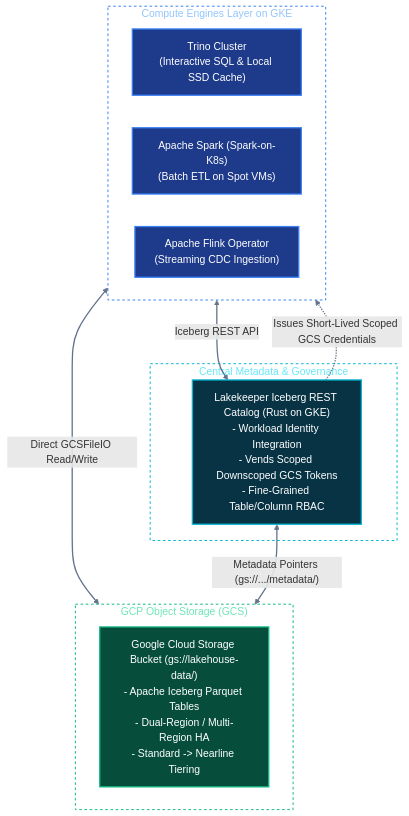
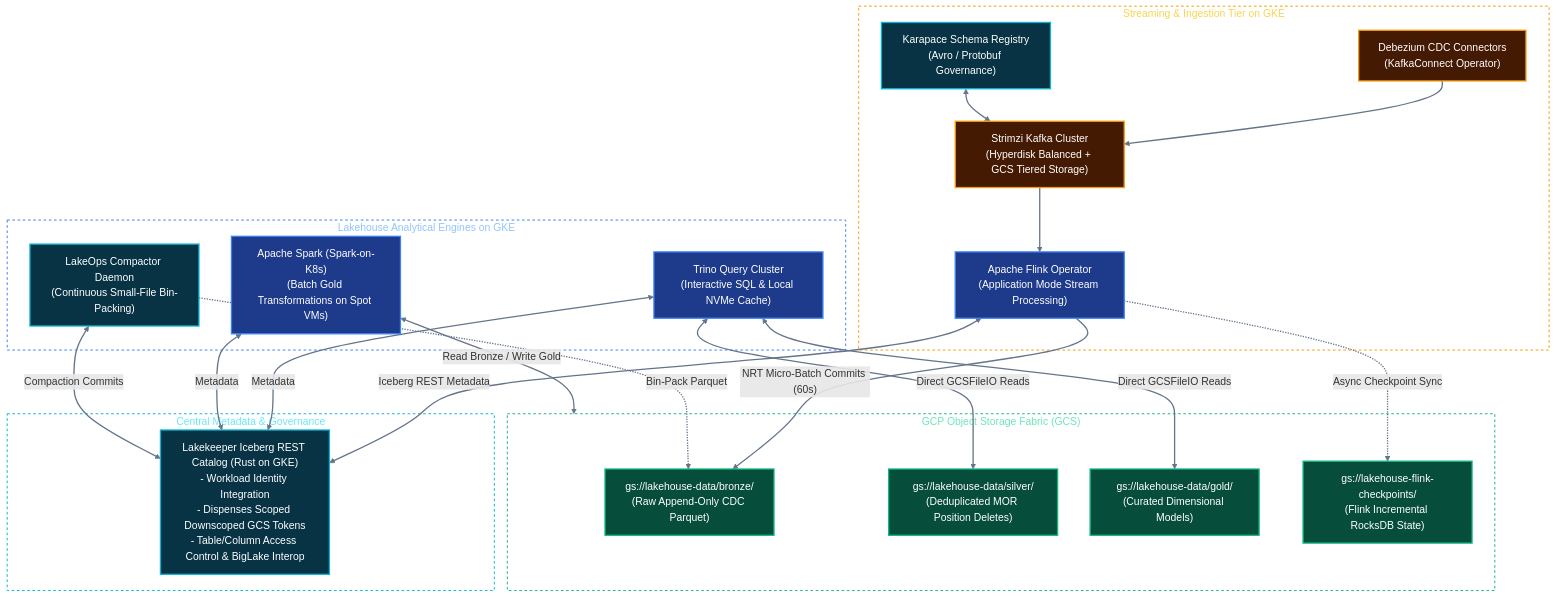
Before and after one commit to toanbui626391/data_platform_gcp: the diagram in docs/architectures/02_lakehouse_and_compute.md, drawn with Mermaid. The commit also changed other lines of this file and 6 other files, not shown here.

````diff
--- a/docs/architectures/02_lakehouse_and_compute.md
+++ b/docs/architectures/02_lakehouse_and_compute.md
@@ -10,34 +10,59 @@
 ```mermaid
 flowchart TB
-    subgraph GKECompute["Compute Engines Layer on GKE"]
-        Trino["Trino Cluster\n(Interactive SQL & Local SSD Cache)"]:::primary
-        Spark["Apache Spark (Spark-on-K8s)\n(Batch ETL on Spot VMs)"]:::primary
-        Flink["Apache Flink Operator\n(Streaming CDC Ingestion)"]:::primary
+    subgraph GKEStreaming["Streaming & Ingestion Tier on GKE"]
+        Debezium["Debezium CDC Connectors\n(KafkaConnect Operator)"]:::warning
+        SchemaReg["Karapace Schema Registry\n(Avro / Protobuf Governance)"]:::cyan
+        Kafka["Strimzi Kafka Cluster\n(Hyperdisk Balanced + GCS Tiered Storage)"]:::warning
+        Flink["Apache Flink Operator\n(Application Mode Stream Processing)"]:::primary
+
+        Debezium --> Kafka
+        SchemaReg <--> Kafka
+        Kafka --> Flink
+    end
+
+    subgraph GKELakehouseCompute["Lakehouse Analytical Engines on GKE"]
+        Trino["Trino Query Cluster\n(Interactive SQL & Local NVMe Cache)"]:::primary
+        Spark["Apache Spark (Spark-on-K8s)\n(Batch Gold Transformations on Spot VMs)"]:::primary
+        LakeOps["LakeOps Compactor Daemon\n(Continuous Small-File Bin-Packing)"]:::cyan
     end
 
     subgraph CatalogLayer["Central Metadata & Governance"]
-        Lakekeeper["Lakekeeper Iceberg REST Catalog (Rust on GKE)\n- Workload Identity Integration\n- Vends Scoped Downscoped GCS Tokens\n- Fine-Grained Table/Column RBAC"]:::cyan
+        Lakekeeper["Lakekeeper Iceberg REST Catalog (Rust on GKE)\n- Workload Identity Integration\n- Dispenses Scoped Downscoped GCS Tokens\n- Table/Column Access Control & BigLake Interop"]:::cyan
     end
 
-    subgraph StorageLayer["GCP Object Storage (GCS)"]
-        GCS["Google Cloud Storage Bucket (gs://lakehouse-data/)\n- Apache Iceberg Parquet Tables\n- Dual-Region / Multi-Region HA\n- Standard -> Nearline Tiering"]:::success
+    subgraph StorageLayer["GCP Object Storage Fabric (GCS)"]
+        GCSBronze["gs://lakehouse-data/bronze/\n(Raw Append-Only CDC Parquet)"]:::success
+        GCSSilver["gs://lakehouse-data/silver/\n(Deduplicated MOR Position Deletes)"]:::success
+        GCSGold["gs://lakehouse-data/gold/\n(Curated Dimensional Models)"]:::success
+        GCSCheckpoints["gs://lakehouse-flink-checkpoints/\n(Flink Incremental RocksDB State)"]:::success
     end
 
-    GKECompute <-->|"Iceberg REST API"| Lakekeeper
-    Lakekeeper -.->|"Issues Short-Lived Scoped GCS Credentials"| GKECompute
-    GKECompute <-->|"Direct GCSFileIO Read/Write"| StorageLayer
-    Lakekeeper <-->|"Metadata Pointers (gs://.../metadata/)"| StorageLayer
+    %% Streaming Sinks
+    Flink -->|"NRT Micro-Batch Commits (60s)"| GCSBronze
+    Flink -.->|"Async Checkpoint Sync"| GCSCheckpoints
+    Flink <-->|"Iceberg REST Metadata"| Lakekeeper
+
+    %% Analytical Engine Access
+    Trino <-->|"Metadata"| Lakekeeper
+    Spark <-->|"Metadata"| Lakekeeper
+    Trino <-->|"Direct GCSFileIO Reads"| GCSSilver
+    Trino <-->|"Direct GCSFileIO Reads"| GCSGold
+    Spark <-->|"Read Bronze / Write Gold"| StorageLayer
+    LakeOps <-->|"Compaction Commits"| Lakekeeper
+    LakeOps -.->|"Bin-Pack Parquet"| GCSBronze
 
     %% Subgraph Styling (Transparent & Dual-Mode Friendly)
-    style GKECompute fill:none,stroke:#3b82f6,stroke-width:1.5px,stroke-dasharray: 4 4,color:#93c5fd
+    style GKEStreaming fill:none,stroke:#f59e0b,stroke-width:1.5px,stroke-dasharray: 4 4,color:#fcd34d
+    style GKELakehouseCompute fill:none,stroke:#3b82f6,stroke-width:1.5px,stroke-dasharray: 4 4,color:#93c5fd
     style CatalogLayer fill:none,stroke:#06b6d4,stroke-width:1.5px,stroke-dasharray: 4 4,color:#67e8f9
     style StorageLayer fill:none,stroke:#10b981,stroke-width:1.5px,stroke-dasharray: 4 4,color:#6ee7b7
 
     %% Link Styling
     linkStyle default stroke:#64748b,stroke-width:2px;
 
     %% Universal Dual-Mode High-Contrast Palette
     classDef primary fill:#1e3a8a,stroke:#3b82f6,stroke-width:2px,color:#ffffff;
     classDef success fill:#064e3b,stroke:#10b981,stroke-width:2px,color:#ffffff;
+    classDef warning fill:#451a03,stroke:#f59e0b,stroke-width:2px,color:#ffffff;
     classDef cyan    fill:#083344,stroke:#06b6d4,stroke-width:2px,color:#ffffff;
 ```
````
